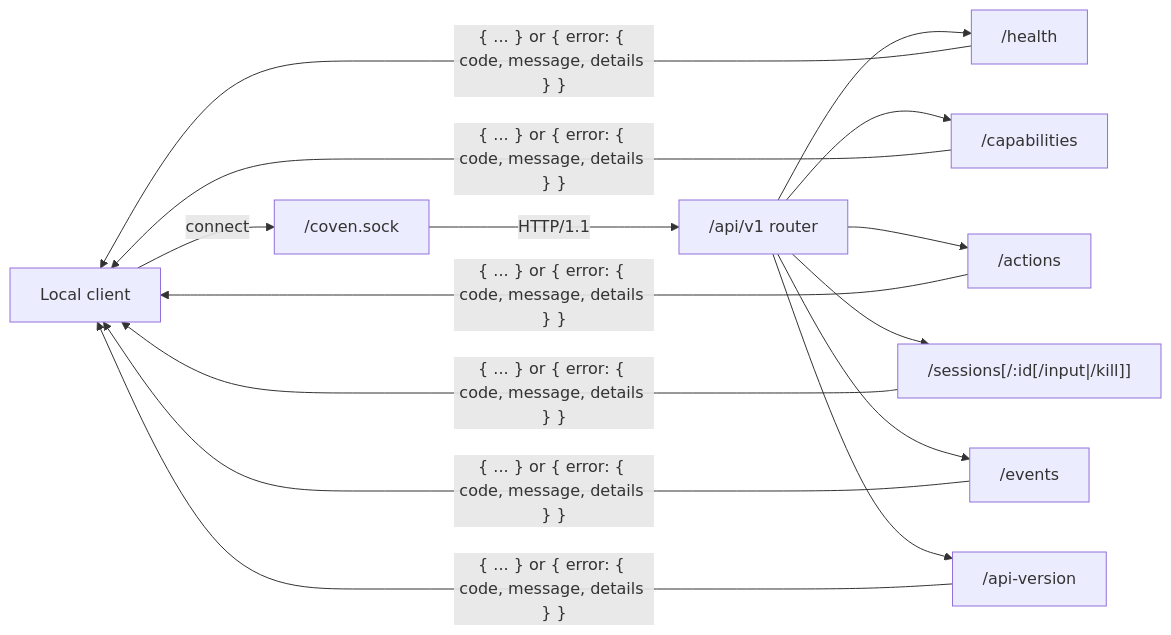
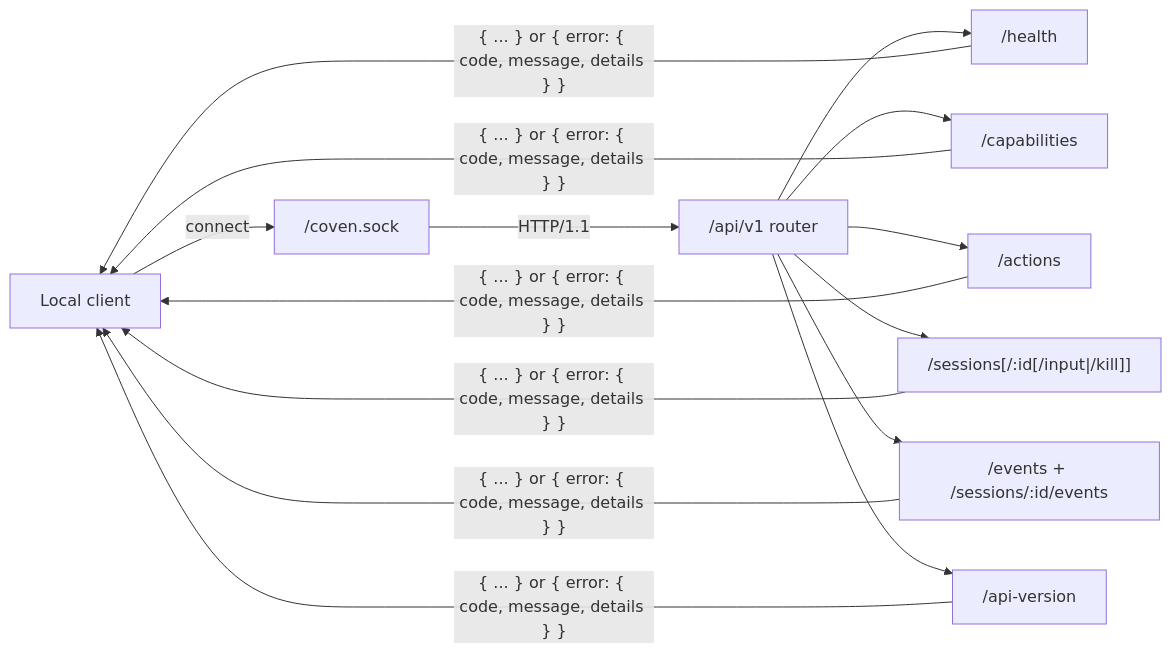
One commit to OpenCoven/coven changed the diagram in docs/API.md. Above: the diagram before and after it, drawn with Mermaid. The commit also changed other lines of this file and 17 other files, not shown here.

````diff
--- a/docs/API.md
+++ b/docs/API.md
@@ -16,13 +16,13 @@
 ```mermaid
 flowchart LR
   Client[Local client] -->|connect| Sock["<covenHome>/coven.sock"]
   Sock -->|HTTP/1.1| Router["/api/v1 router"]
   Router --> Health["/health"]
   Router --> Capabilities["/capabilities"]
   Router --> Actions["/actions"]
   Router --> Sessions["/sessions[/:id[/input|/kill]]"]
-  Router --> Events["/events"]
+  Router --> Events["/events + /sessions/:id/events"]
   Router --> Version["/api-version"]
 
   Health & Capabilities & Actions & Sessions & Events & Version -->|"{ ... } or { error: { code, message, details } }"| Client
 ```
````
